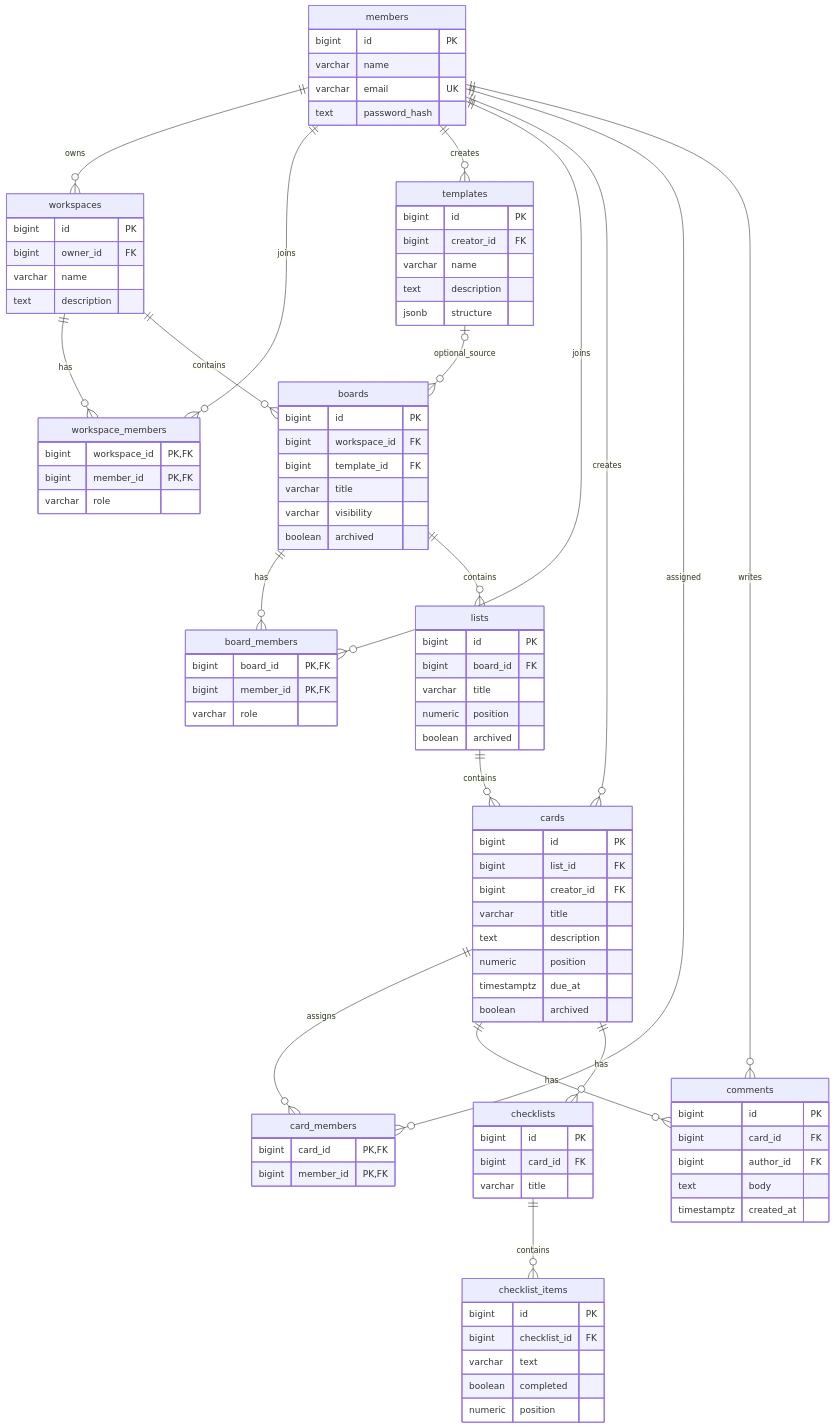
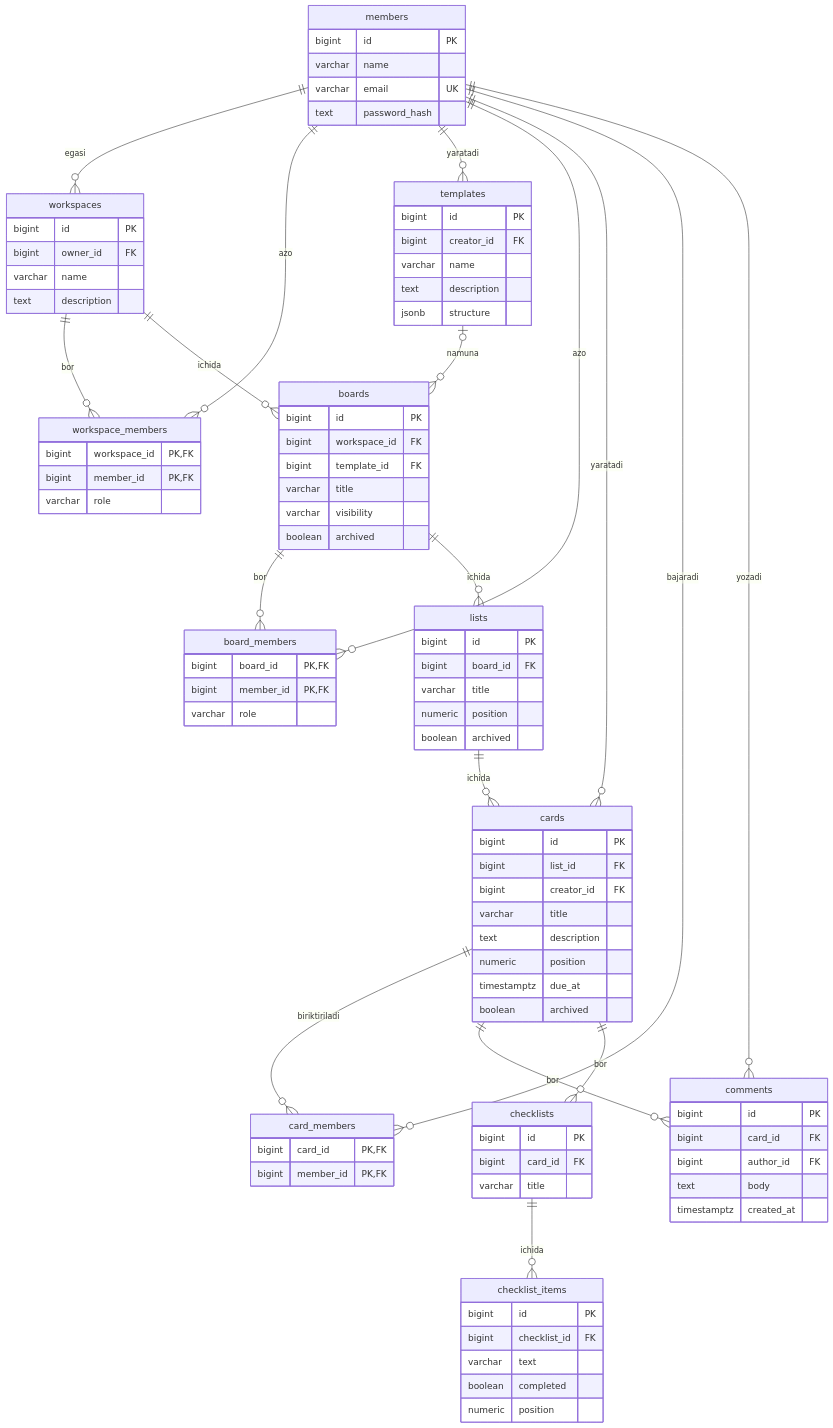
Before and after one commit to Xbeck/mohirdev-fullstack-assignments: the diagram in TRELLO_ERD.md, drawn with Mermaid. The commit also changed other lines of this file and 9 other files, not shown here.

````diff
--- a/TRELLO_ERD.md
+++ b/TRELLO_ERD.md
@@ -5,22 +26,22 @@
 ```mermaid
 erDiagram
-    members ||--o{ workspaces : owns
-    workspaces ||--o{ workspace_members : has
-    members ||--o{ workspace_members : joins
-    members ||--o{ templates : creates
-    workspaces ||--o{ boards : contains
-    templates |o--o{ boards : optional_source
-    boards ||--o{ board_members : has
-    members ||--o{ board_members : joins
-    boards ||--o{ lists : contains
-    lists ||--o{ cards : contains
-    members ||--o{ cards : creates
-    cards ||--o{ card_members : assigns
-    members ||--o{ card_members : assigned
-    cards ||--o{ comments : has
-    members ||--o{ comments : writes
-    cards ||--o{ checklists : has
-    checklists ||--o{ checklist_items : contains
+    members ||--o{ workspaces : egasi
+    workspaces ||--o{ workspace_members : bor
+    members ||--o{ workspace_members : azo
+    members ||--o{ templates : yaratadi
+    workspaces ||--o{ boards : ichida
+    templates |o--o{ boards : namuna
+    boards ||--o{ board_members : bor
+    members ||--o{ board_members : azo
+    boards ||--o{ lists : ichida
+    lists ||--o{ cards : ichida
+    members ||--o{ cards : yaratadi
+    cards ||--o{ card_members : biriktiriladi
+    members ||--o{ card_members : bajaradi
+    cards ||--o{ comments : bor
+    members ||--o{ comments : yozadi
+    cards ||--o{ checklists : bor
+    checklists ||--o{ checklist_items : ichida
     members {
         bigint id PK
         varchar name
````
